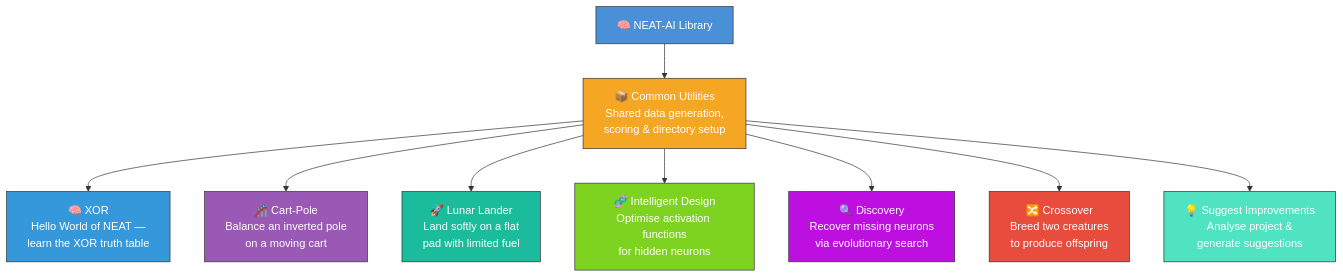
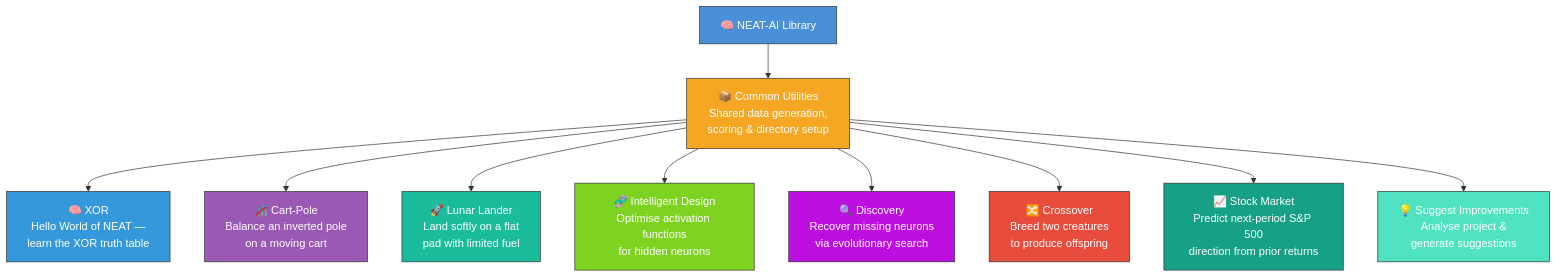
The first of 4 diagrams in README.md (stSoftwareAU/NEAT-AI-Examples), drawn with Mermaid before and after one commit. The commit also changed other lines of this file and 12 other files, not shown here.

First line of the commit message:
Add stock market direction prediction example (#78)

````diff
--- a/README.md
+++ b/README.md
@@ -52,32 +62,35 @@
 ```mermaid
 flowchart TD
     NEAT["🧠 NEAT-AI Library"]
     COMMON["📦 Common Utilities<br/>Shared data generation,<br/>scoring & directory setup"]
 
     XOR["🧠 XOR<br/>Hello World of NEAT —<br/>learn the XOR truth table"]
     CART["🎢 Cart-Pole<br/>Balance an inverted pole<br/>on a moving cart"]
     LUNAR["🚀 Lunar Lander<br/>Land softly on a flat<br/>pad with limited fuel"]
     ID["🧬 Intelligent Design<br/>Optimise activation functions<br/>for hidden neurons"]
     DISC["🔍 Discovery<br/>Recover missing neurons<br/>via evolutionary search"]
     CROSS["🔀 Crossover<br/>Breed two creatures<br/>to produce offspring"]
+    STOCK["📈 Stock Market<br/>Predict next-period S&P 500<br/>direction from prior returns"]
     SUGGEST["💡 Suggest Improvements<br/>Analyse project &<br/>generate suggestions"]
 
     NEAT --> COMMON
     COMMON --> XOR
     COMMON --> CART
     COMMON --> LUNAR
     COMMON --> ID
     COMMON --> DISC
     COMMON --> CROSS
+    COMMON --> STOCK
     COMMON --> SUGGEST
 
     style NEAT fill:#4a90d9,stroke:#333,color:#fff
     style COMMON fill:#f5a623,stroke:#333,color:#fff
     style XOR fill:#3498db,stroke:#333,color:#fff
     style CART fill:#9b59b6,stroke:#333,color:#fff
     style LUNAR fill:#1abc9c,stroke:#333,color:#fff
     style ID fill:#7ed321,stroke:#333,color:#fff
     style DISC fill:#bd10e0,stroke:#333,color:#fff
     style CROSS fill:#e74c3c,stroke:#333,color:#fff
+    style STOCK fill:#16a085,stroke:#333,color:#fff
     style SUGGEST fill:#50e3c2,stroke:#333,color:#fff
 ```
````
